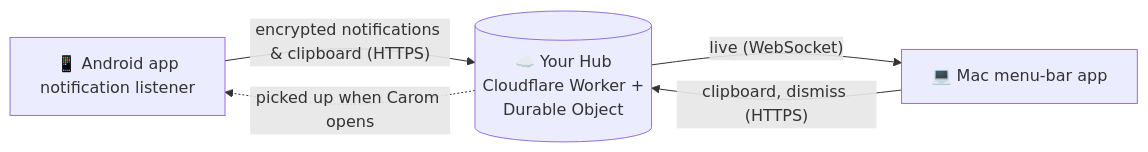
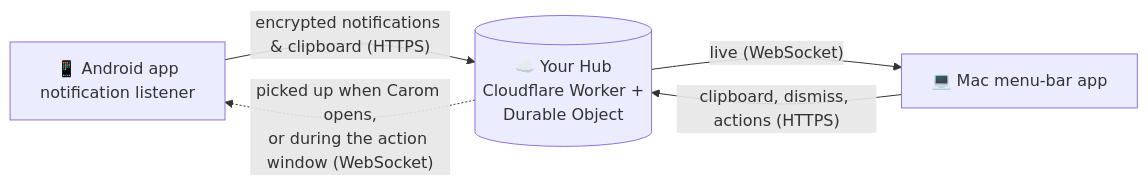
Before and after one commit to tajchert/carom: the diagram in README.md, drawn with Mermaid. The commit also changed other lines of this file and 5 other files, not shown here.

Commit message:
Docs: V2 rich notifications, action window, code forwarding

````diff
--- a/README.md
+++ b/README.md
@@ -57,11 +63,11 @@
 ```mermaid
 flowchart LR
     P["📱 Android app<br/>notification listener"]
     H[("☁️ Your Hub<br/>Cloudflare Worker +<br/>Durable Object")]
     M["💻 Mac menu-bar app"]
 
     P -- "encrypted notifications & clipboard (HTTPS)" --> H
     H -- "live (WebSocket)" --> M
-    M -- "clipboard, dismiss (HTTPS)" --> H
-    H -. "picked up when Carom opens" .-> P
+    M -- "clipboard, dismiss, actions (HTTPS)" --> H
+    H -. "picked up when Carom opens,<br/>or during the action window (WebSocket)" .-> P
 ```
````
